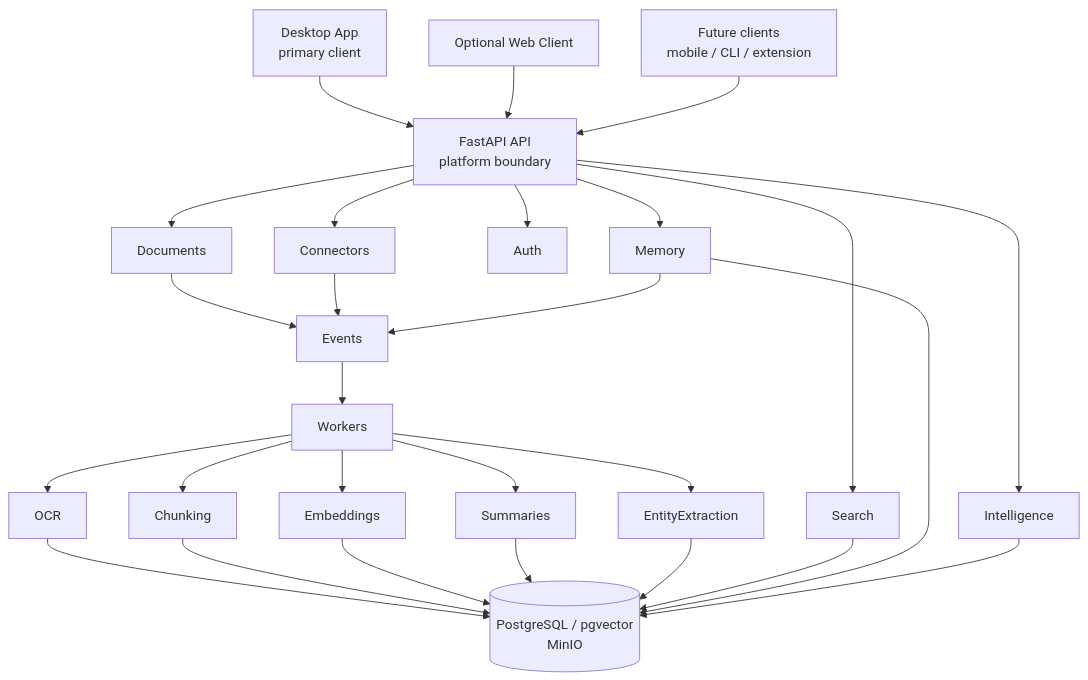
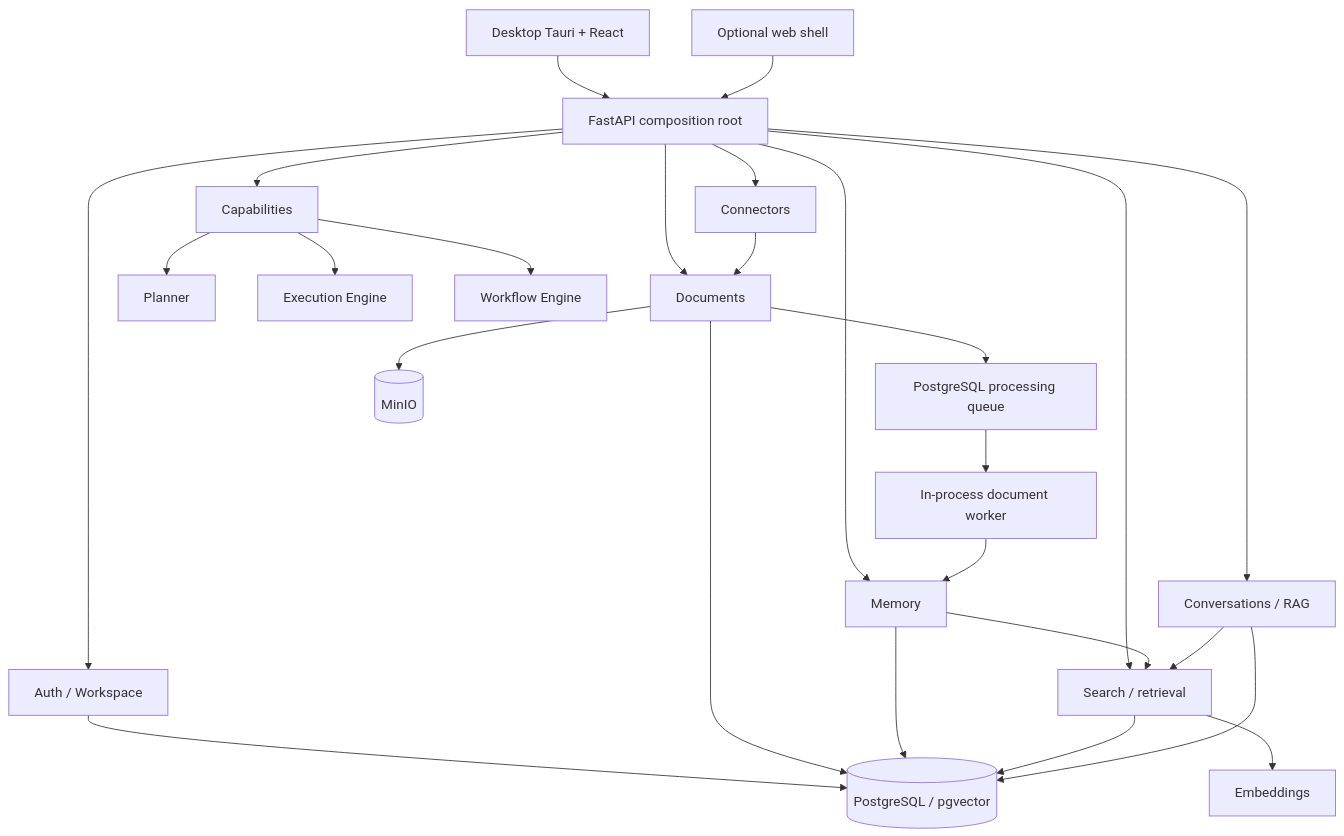
One commit to treyisrael7/memovi changed the diagram in docs/ARCHITECTURE.md. Above: the diagram before and after it, drawn with Mermaid. The commit also changed other lines of this file and 15 other files, not shown here.

Commit message:
Update architecture docs

````diff
--- a/docs/ARCHITECTURE.md
+++ b/docs/ARCHITECTURE.md
@@ -194,43 +76,31 @@
 ```mermaid
 flowchart TD
-    Desktop[Desktop App<br/>primary client]
-    Web[Optional Web Client]
-    Other[Future clients<br/>mobile / CLI / extension]
-
+    Desktop[Desktop Tauri + React]
+    Web[Optional web shell]
     Desktop --> API
     Web --> API
-    Other --> API
-
-    API[FastAPI API<br/>platform boundary]
-
+    API[FastAPI composition root]
+    API --> Auth[Auth / Workspace]
     API --> Documents
     API --> Memory
-    API --> Search
-    API --> Intelligence
-    API --> Auth
+    API --> Search[Search / retrieval]
+    API --> Intelligence[Conversations / RAG]
+    API --> Automation[Capabilities]
     API --> Connectors
-
-    Documents --> Events
-    Connectors --> Events
-    Memory --> Events
-
-    Events --> Workers
-
-    Workers --> OCR
-    Workers --> Chunking
-    Workers --> Embeddings
-    Workers --> Summaries
-    Workers --> EntityExtraction
-
-    OCR --> Storage
-    Chunking --> Storage
-    Embeddings --> Storage
-    Summaries --> Storage
-    EntityExtraction --> Storage
-
-    Search --> Storage
-    Memory --> Storage
-    Intelligence --> Storage
-
-    Storage[(PostgreSQL / pgvector<br/>MinIO)]
+    Documents --> Queue[PostgreSQL processing queue]
+    Queue --> Worker[In-process document worker]
+    Worker --> Memory
+    Memory --> Search
+    Search --> Embed[Embeddings]
+    Intelligence --> Search
+    Automation --> Planner
+    Automation --> Engine[Execution Engine]
+    Automation --> Workflows[Workflow Engine]
+    Connectors --> Documents
+    Auth --> PG[(PostgreSQL / pgvector)]
+    Documents --> PG
+    Memory --> PG
+    Search --> PG
+    Intelligence --> PG
+    Documents --> MinIO[(MinIO)]
 ```
````
